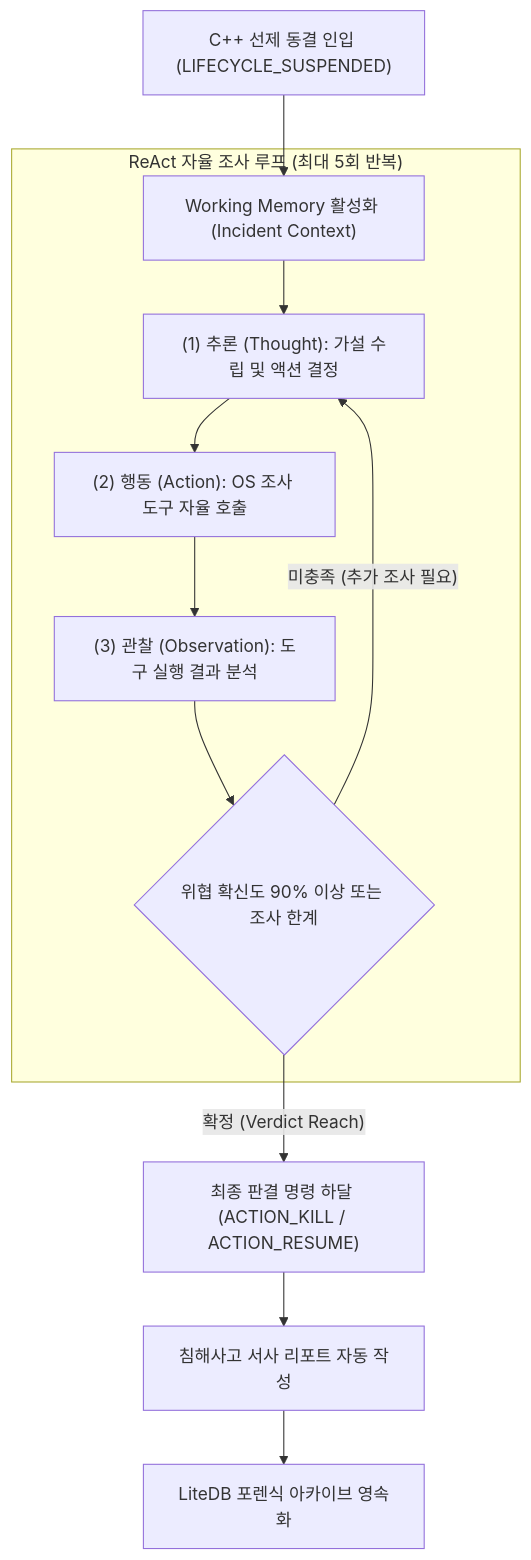
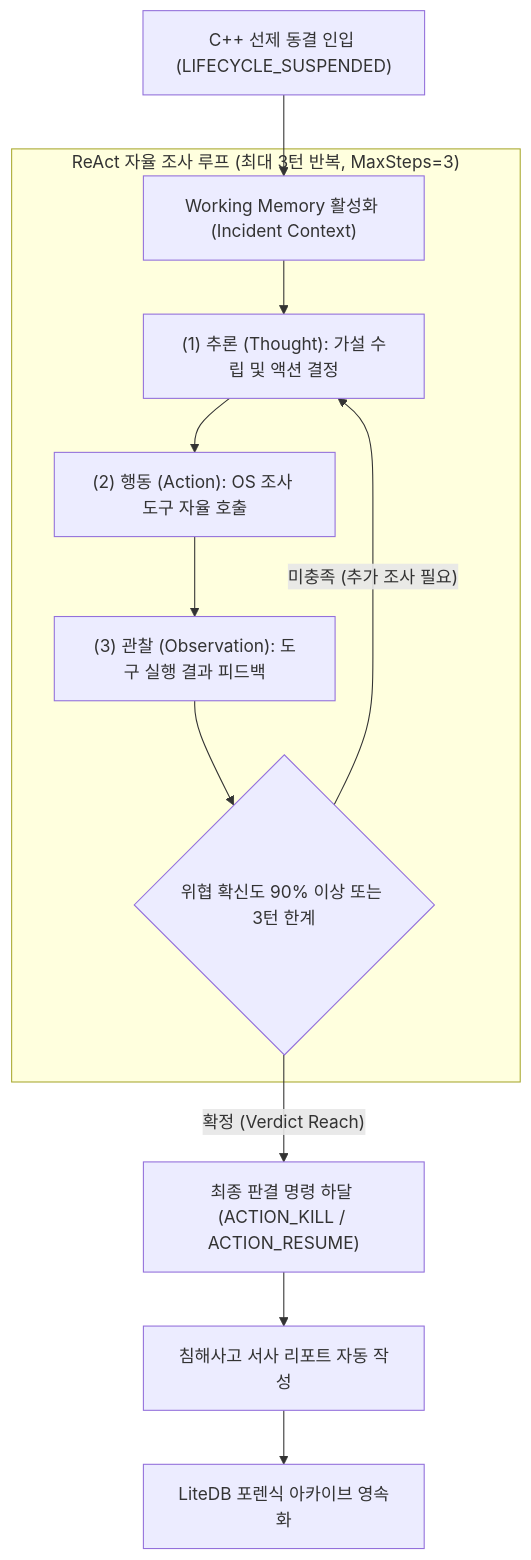
The first of 2 diagrams in Phalanx/docs/02_ai_agent_investigation_design.md (jin20203458/Obsidian.Agent), drawn with Mermaid before and after one commit. The commit also changed other lines of this file and 3 other files, not shown here.

````diff
--- a/Phalanx/docs/02_ai_agent_investigation_design.md
+++ b/Phalanx/docs/02_ai_agent_investigation_design.md
@@ -19,17 +19,17 @@
 ```mermaid
 flowchart TD
     Trigger["C++ 선제 동결 인입 (LIFECYCLE_SUSPENDED)"] --> Ingest["Working Memory 활성화 (Incident Context)"]
     
-    subgraph REACT_LOOP ["ReAct 자율 조사 루프 (최대 5회 반복)"]
+    subgraph REACT_LOOP ["ReAct 자율 조사 루프 (최대 3턴 반복, MaxSteps=3)"]
         Ingest --> Thought["(1) 추론 (Thought): 가설 수립 및 액션 결정"]
         Thought --> ToolAction["(2) 행동 (Action): OS 조사 도구 자율 호출"]
-        ToolAction --> Observation["(3) 관찰 (Observation): 도구 실행 결과 분석"]
-        Decision{"위협 확신도 90% 이상 또는 조사 한계"}
+        ToolAction --> Observation["(3) 관찰 (Observation): 도구 실행 결과 피드백"]
+        Decision{"위협 확신도 90% 이상 또는 3턴 한계"}
         Observation --> Decision
         Decision -->|"미충족 (추가 조사 필요)"| Thought
     end
 
     Decision -->|"확정 (Verdict Reach)"| Mitigation["최종 판결 명령 하달 (ACTION_KILL / ACTION_RESUME)"]
     Mitigation --> Narrative["침해사고 서사 리포트 자동 작성"]
     Narrative --> ColdArchive["LiteDB 포렌식 아카이브 영속화"]
 ```
````
